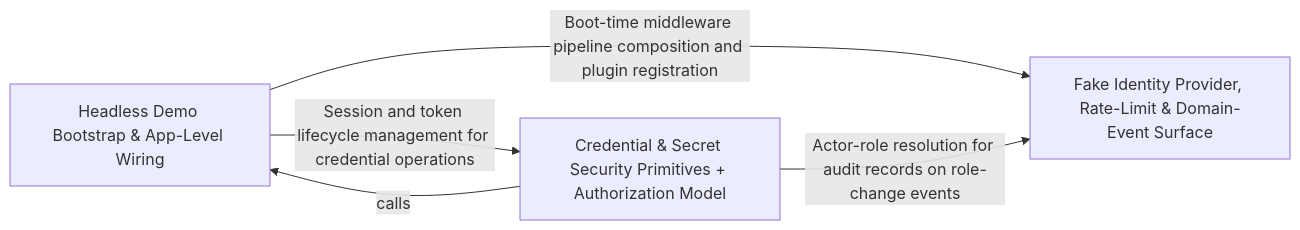
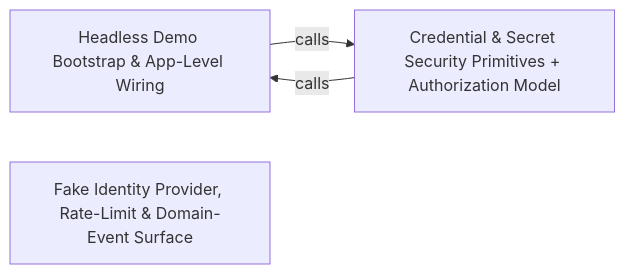
Before and after one commit to Guebbit/boilerplate-node-backend: the diagram in .2brain/arch/Scenario_Support_Development_Doubles.md, drawn with Mermaid. The commit also changed other lines of this file and 627 other files, not shown here.

````diff
--- a/.2brain/arch/Scenario_Support_Development_Doubles.md
+++ b/.2brain/arch/Scenario_Support_Development_Doubles.md
@@ -10,10 +10,8 @@
 ```mermaid
 graph LR
     Headless_Demo_Bootstrap_App_Level_Wiring["Headless Demo Bootstrap & App-Level Wiring"]
     Credential_Secret_Security_Primitives_Authorization_Model["Credential & Secret Security Primitives + Authorization Model"]
     Fake_Identity_Provider_Rate_Limit_Domain_Event_Surface["Fake Identity Provider, Rate-Limit & Domain-Event Surface"]
-    Headless_Demo_Bootstrap_App_Level_Wiring -- "Session and token lifecycle management for credential operations" --> Credential_Secret_Security_Primitives_Authorization_Model
-    Headless_Demo_Bootstrap_App_Level_Wiring -- "Boot-time middleware pipeline composition and plugin registration" --> Fake_Identity_Provider_Rate_Limit_Domain_Event_Surface
+    Headless_Demo_Bootstrap_App_Level_Wiring -- "calls" --> Credential_Secret_Security_Primitives_Authorization_Model
     Credential_Secret_Security_Primitives_Authorization_Model -- "calls" --> Headless_Demo_Bootstrap_App_Level_Wiring
-    Credential_Secret_Security_Primitives_Authorization_Model -- "Actor-role resolution for audit records on role-change events" --> Fake_Identity_Provider_Rate_Limit_Domain_Event_Surface
 ```
````
